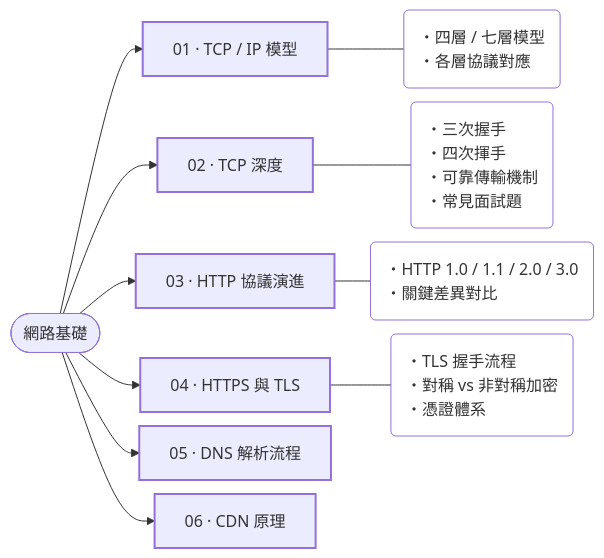
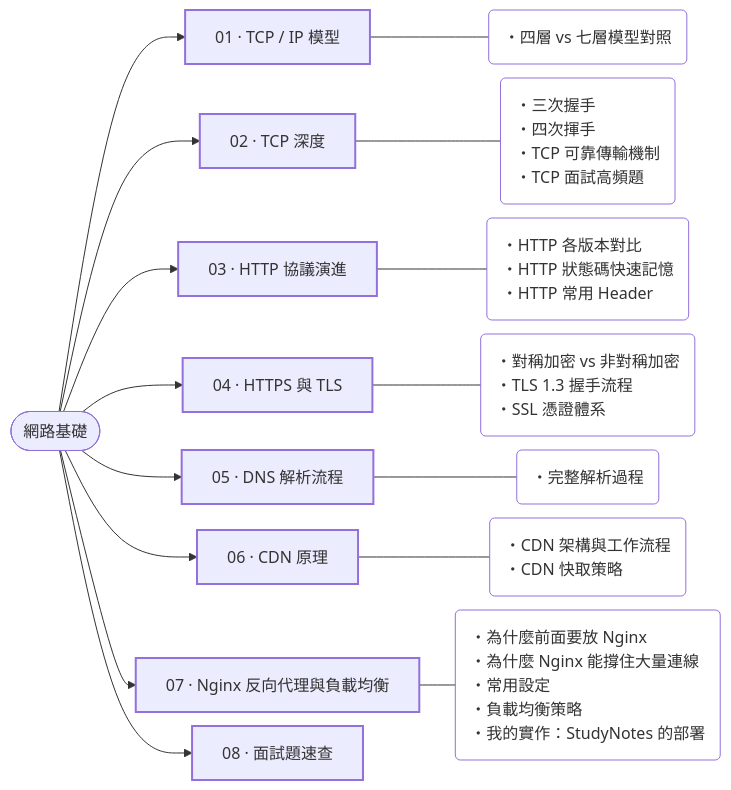
One commit to AnthonyFuFu/StudyNotes changed the diagram in docs/network-security/network/index.md. Above: the diagram before and after it, drawn with Mermaid. The commit also changed other lines of this file and 93 other files, not shown here.

````diff
--- a/docs/network-security/network/index.md
+++ b/docs/network-security/network/index.md
@@ -13,29 +13,39 @@
 ``` mermaid
 %%{init: {"flowchart": {"nodeSpacing": 14, "rankSpacing": 36, "wrappingWidth": 420}}}%%
 flowchart LR
     R(["網路基礎"])
     c0["01 · TCP / IP 模型"]
     R --> c0
-    p0("・四層 / 七層模型<br>・各層協議對應")
+    p0("・四層 vs 七層模型對照")
     c0 --- p0
     c1["02 · TCP 深度"]
     R --> c1
-    p1("・三次握手<br>・四次揮手<br>・可靠傳輸機制<br>・常見面試題")
+    p1("・三次握手<br>・四次揮手<br>・TCP 可靠傳輸機制<br>・TCP 面試高頻題")
     c1 --- p1
     c2["03 · HTTP 協議演進"]
     R --> c2
-    p2("・HTTP 1.0 / 1.1 / 2.0 / 3.0<br>・關鍵差異對比")
+    p2("・HTTP 各版本對比<br>・HTTP 狀態碼快速記憶<br>・HTTP 常用 Header")
     c2 --- p2
     c3["04 · HTTPS 與 TLS"]
     R --> c3
-    p3("・TLS 握手流程<br>・對稱 vs 非對稱加密<br>・憑證體系")
+    p3("・對稱加密 vs 非對稱加密<br>・TLS 1.3 握手流程<br>・SSL 憑證體系")
     c3 --- p3
     c4["05 · DNS 解析流程"]
     R --> c4
+    p4("・完整解析過程")
+    c4 --- p4
     c5["06 · CDN 原理"]
     R --> c5
+    p5("・CDN 架構與工作流程<br>・CDN 快取策略")
+    c5 --- p5
+    c6["07 · Nginx 反向代理與負載均衡"]
+    R --> c6
+    p6("・為什麼前面要放 Nginx<br>・為什麼 Nginx 能撐住大量連線<br>・常用設定<br>・負載均衡策略<br>・我的實作：StudyNotes 的部署")
+    c6 --- p6
+    c7["08 · 面試題速查"]
+    R --> c7
     classDef chapter stroke-width:2px
     classDef points fill:transparent,text-align:left
-    class c0,c1,c2,c3,c4,c5 chapter
-    class p0,p1,p2,p3 points
+    class c0,c1,c2,c3,c4,c5,c6,c7 chapter
+    class p0,p1,p2,p3,p4,p5,p6 points
 ```
````
